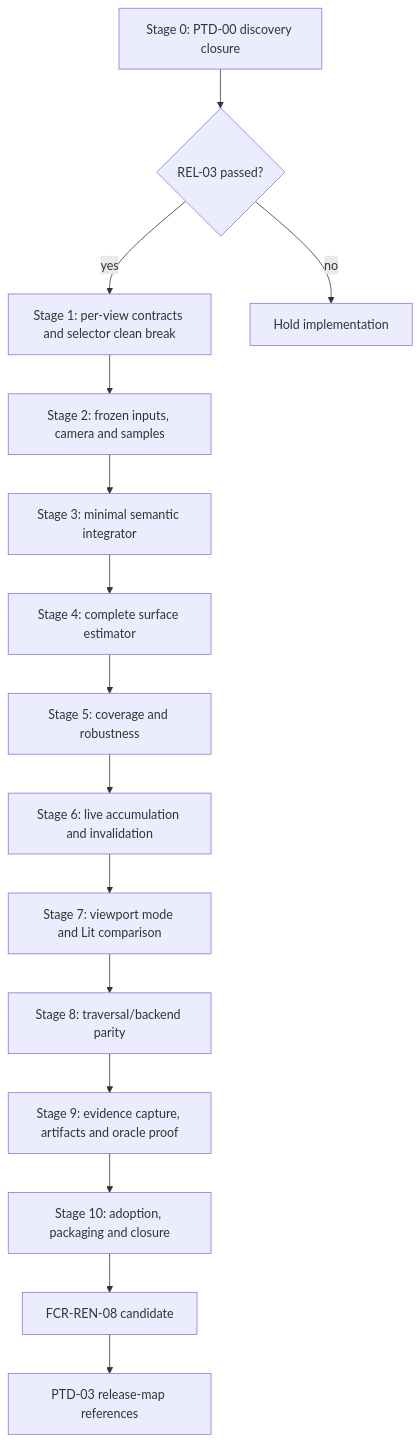
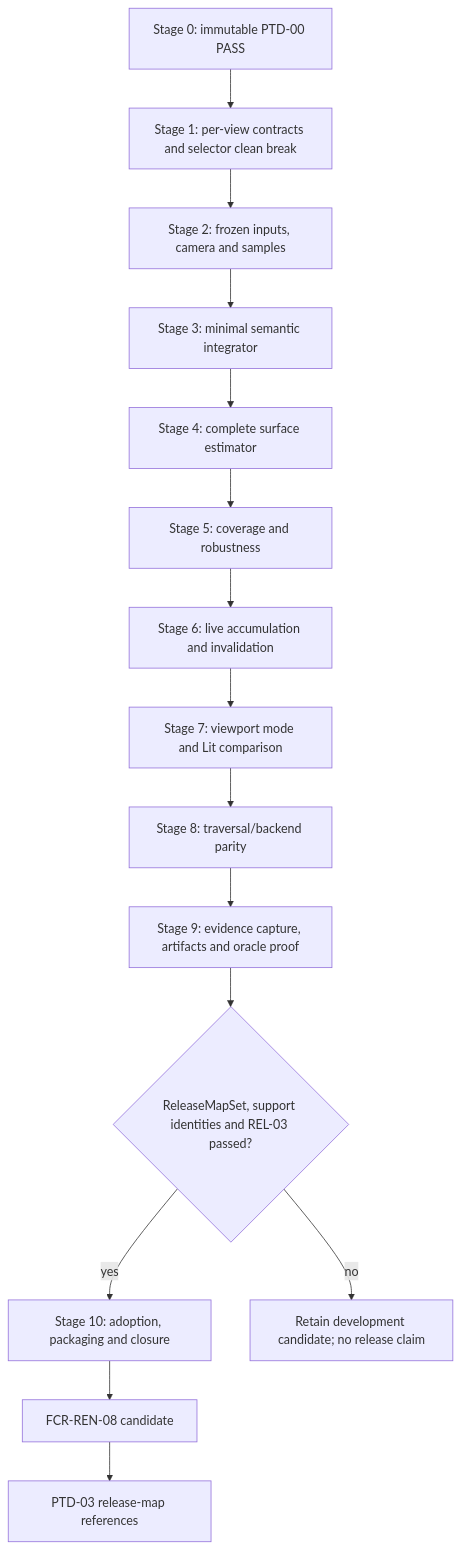
Before and after one commit to stoleckipawel/SparkleEngine: the diagram in Docs/Architecture/Modules/Engine/Renderer/Features/Lighting/ReferencePathTracer/Plan.md, drawn with Mermaid. The commit also changed other lines of this file and 11 other files, not shown here.

````diff
--- a/Docs/Architecture/Modules/Engine/Renderer/Features/Lighting/ReferencePathTracer/Plan.md
+++ b/Docs/Architecture/Modules/Engine/Renderer/Features/Lighting/ReferencePathTracer/Plan.md
@@ -53,17 +53,17 @@
 ```mermaid
 flowchart TD
-    D0[Stage 0: PTD-00 discovery closure] --> R3{REL-03 passed?}
-    R3 -->|yes| C1[Stage 1: per-view contracts and selector clean break]
-    R3 -->|no| Hold[Hold implementation]
+    D0[Stage 0: immutable PTD-00 PASS] --> C1[Stage 1: per-view contracts and selector clean break]
     C1 --> I2[Stage 2: frozen inputs, camera and samples]
     I2 --> I3[Stage 3: minimal semantic integrator]
     I3 --> I4[Stage 4: complete surface estimator]
     I4 --> I5[Stage 5: coverage and robustness]
     I5 --> I6[Stage 6: live accumulation and invalidation]
     I6 --> I7[Stage 7: viewport mode and Lit comparison]
     I7 --> I8[Stage 8: traversal/backend parity]
     I8 --> I9[Stage 9: evidence capture, artifacts and oracle proof]
-    I9 --> I10[Stage 10: adoption, packaging and closure]
+    I9 --> R3{ReleaseMapSet, support identities and REL-03 passed?}
+    R3 -->|yes| I10[Stage 10: adoption, packaging and closure]
+    R3 -->|no| Hold[Retain development candidate; no release claim]
     I10 --> FCR[FCR-REN-08 candidate]
     FCR --> PTD3[PTD-03 release-map references]
 ```
````
